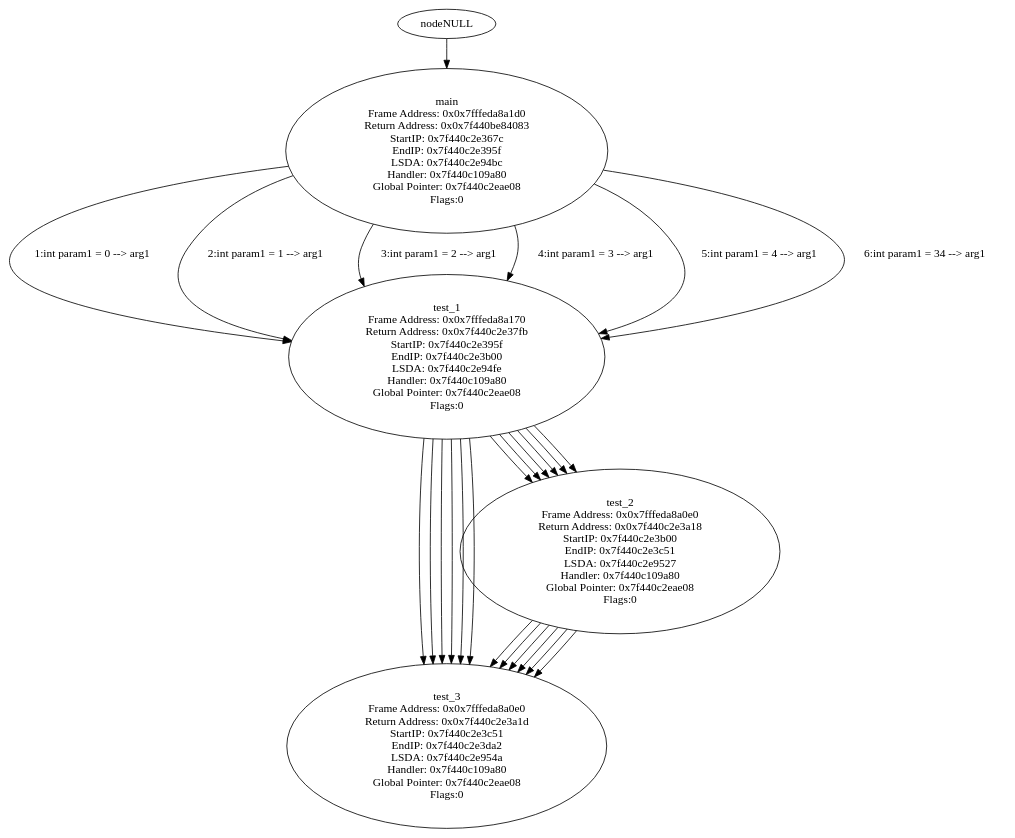
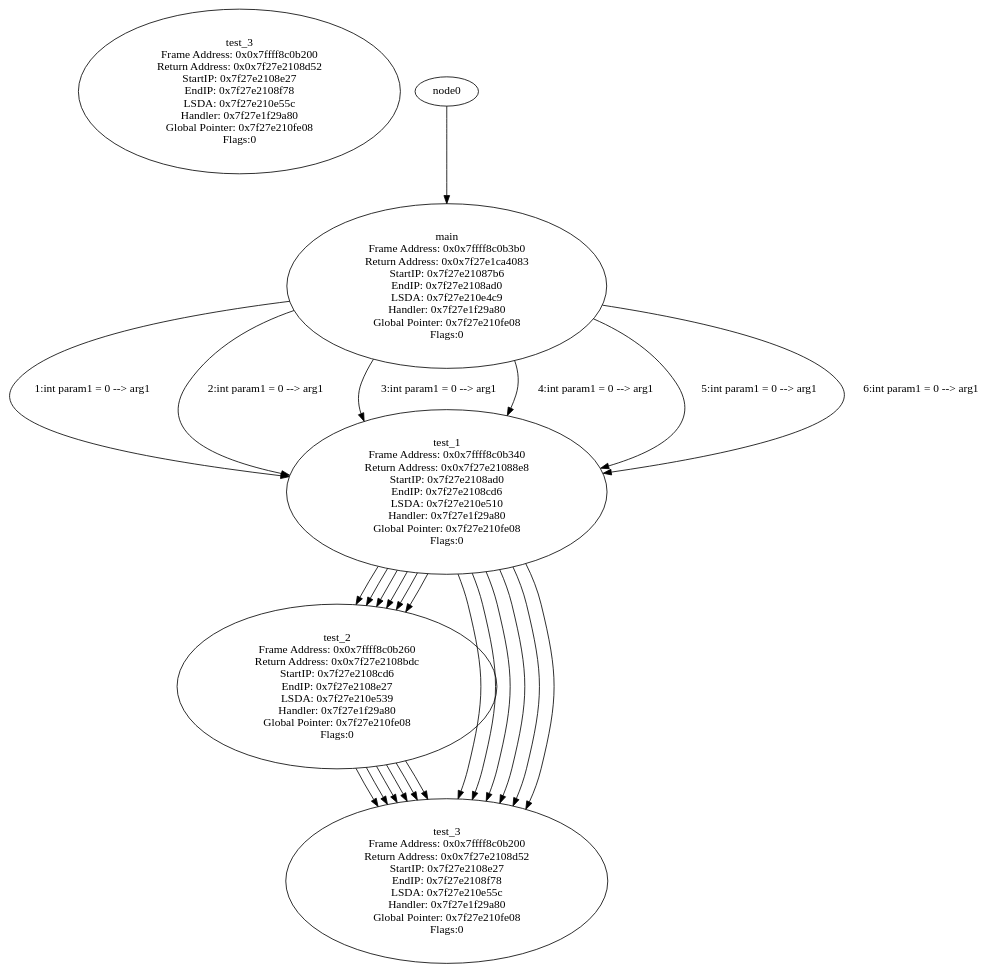
One commit to SameerDalal/backtrace changed the diagram in tree.dot. Above: the diagram before and after it, drawn with Graphviz. The commit also changed 3 other files, not shown here.

```diff
--- a/tree.dot
+++ b/tree.dot
@@ -1,52 +1,52 @@
 digraph ContextTree {
-nodetest_3 [label="test_3\n Frame Address: 0x0x7fffeda8a080\n Return Address: 0x0x7f440c2e3b7c\n StartIP: 0x7f440c2e3c51\n EndIP: 0x7f440c2e3da2\n LSDA: 0x7f440c2e954a\n Handler: 0x7f440c109a80\n Global Pointer: 0x7f440c2eae08\n Flags:0"];
-nodetest_2 -> nodetest_3
-nodetest_2 [label="test_2\n Frame Address: 0x0x7fffeda8a0e0\n Return Address: 0x0x7f440c2e3a18\n StartIP: 0x7f440c2e3b00\n EndIP: 0x7f440c2e3c51\n LSDA: 0x7f440c2e9527\n Handler: 0x7f440c109a80\n Global Pointer: 0x7f440c2eae08\n Flags:0"];
-nodetest_1 -> nodetest_2
-nodetest_3 [label="test_3\n Frame Address: 0x0x7fffeda8a0e0\n Return Address: 0x0x7f440c2e3a1d\n StartIP: 0x7f440c2e3c51\n EndIP: 0x7f440c2e3da2\n LSDA: 0x7f440c2e954a\n Handler: 0x7f440c109a80\n Global Pointer: 0x7f440c2eae08\n Flags:0"];
-nodetest_1 -> nodetest_3
-nodetest_1 [label="test_1\n Frame Address: 0x0x7fffeda8a170\n Return Address: 0x0x7f440c2e3777\n StartIP: 0x7f440c2e395f\n EndIP: 0x7f440c2e3b00\n LSDA: 0x7f440c2e94fe\n Handler: 0x7f440c109a80\n Global Pointer: 0x7f440c2eae08\n Flags:0"];
-nodemain -> nodetest_1 [label=" 1:int param1 = 0 --> arg1"];
-nodetest_3 [label="test_3\n Frame Address: 0x0x7fffeda8a080\n Return Address: 0x0x7f440c2e3b7c\n StartIP: 0x7f440c2e3c51\n EndIP: 0x7f440c2e3da2\n LSDA: 0x7f440c2e954a\n Handler: 0x7f440c109a80\n Global Pointer: 0x7f440c2eae08\n Flags:0"];
-nodetest_2 -> nodetest_3
-nodetest_2 [label="test_2\n Frame Address: 0x0x7fffeda8a0e0\n Return Address: 0x0x7f440c2e3a18\n StartIP: 0x7f440c2e3b00\n EndIP: 0x7f440c2e3c51\n LSDA: 0x7f440c2e9527\n Handler: 0x7f440c109a80\n Global Pointer: 0x7f440c2eae08\n Flags:0"];
-nodetest_1 -> nodetest_2
-nodetest_3 [label="test_3\n Frame Address: 0x0x7fffeda8a0e0\n Return Address: 0x0x7f440c2e3a1d\n StartIP: 0x7f440c2e3c51\n EndIP: 0x7f440c2e3da2\n LSDA: 0x7f440c2e954a\n Handler: 0x7f440c109a80\n Global Pointer: 0x7f440c2eae08\n Flags:0"];
-nodetest_1 -> nodetest_3
-nodetest_1 [label="test_1\n Frame Address: 0x0x7fffeda8a170\n Return Address: 0x0x7f440c2e3777\n StartIP: 0x7f440c2e395f\n EndIP: 0x7f440c2e3b00\n LSDA: 0x7f440c2e94fe\n Handler: 0x7f440c109a80\n Global Pointer: 0x7f440c2eae08\n Flags:0"];
-nodemain -> nodetest_1 [label=" 2:int param1 = 1 --> arg1"];
-nodetest_3 [label="test_3\n Frame Address: 0x0x7fffeda8a080\n Return Address: 0x0x7f440c2e3b7c\n StartIP: 0x7f440c2e3c51\n EndIP: 0x7f440c2e3da2\n LSDA: 0x7f440c2e954a\n Handler: 0x7f440c109a80\n Global Pointer: 0x7f440c2eae08\n Flags:0"];
-nodetest_2 -> nodetest_3
-nodetest_2 [label="test_2\n Frame Address: 0x0x7fffeda8a0e0\n Return Address: 0x0x7f440c2e3a18\n StartIP: 0x7f440c2e3b00\n EndIP: 0x7f440c2e3c51\n LSDA: 0x7f440c2e9527\n Handler: 0x7f440c109a80\n Global Pointer: 0x7f440c2eae08\n Flags:0"];
-nodetest_1 -> nodetest_2
-nodetest_3 [label="test_3\n Frame Address: 0x0x7fffeda8a0e0\n Return Address: 0x0x7f440c2e3a1d\n StartIP: 0x7f440c2e3c51\n EndIP: 0x7f440c2e3da2\n LSDA: 0x7f440c2e954a\n Handler: 0x7f440c109a80\n Global Pointer: 0x7f440c2eae08\n Flags:0"];
-nodetest_1 -> nodetest_3
-nodetest_1 [label="test_1\n Frame Address: 0x0x7fffeda8a170\n Return Address: 0x0x7f440c2e3777\n StartIP: 0x7f440c2e395f\n EndIP: 0x7f440c2e3b00\n LSDA: 0x7f440c2e94fe\n Handler: 0x7f440c109a80\n Global Pointer: 0x7f440c2eae08\n Flags:0"];
-nodemain -> nodetest_1 [label=" 3:int param1 = 2 --> arg1"];
-nodetest_3 [label="test_3\n Frame Address: 0x0x7fffeda8a080\n Return Address: 0x0x7f440c2e3b7c\n StartIP: 0x7f440c2e3c51\n EndIP: 0x7f440c2e3da2\n LSDA: 0x7f440c2e954a\n Handler: 0x7f440c109a80\n Global Pointer: 0x7f440c2eae08\n Flags:0"];
-nodetest_2 -> nodetest_3
-nodetest_2 [label="test_2\n Frame Address: 0x0x7fffeda8a0e0\n Return Address: 0x0x7f440c2e3a18\n StartIP: 0x7f440c2e3b00\n EndIP: 0x7f440c2e3c51\n LSDA: 0x7f440c2e9527\n Handler: 0x7f440c109a80\n Global Pointer: 0x7f440c2eae08\n Flags:0"];
-nodetest_1 -> nodetest_2
-nodetest_3 [label="test_3\n Frame Address: 0x0x7fffeda8a0e0\n Return Address: 0x0x7f440c2e3a1d\n StartIP: 0x7f440c2e3c51\n EndIP: 0x7f440c2e3da2\n LSDA: 0x7f440c2e954a\n Handler: 0x7f440c109a80\n Global Pointer: 0x7f440c2eae08\n Flags:0"];
-nodetest_1 -> nodetest_3
-nodetest_1 [label="test_1\n Frame Address: 0x0x7fffeda8a170\n Return Address: 0x0x7f440c2e3777\n StartIP: 0x7f440c2e395f\n EndIP: 0x7f440c2e3b00\n LSDA: 0x7f440c2e94fe\n Handler: 0x7f440c109a80\n Global Pointer: 0x7f440c2eae08\n Flags:0"];
-nodemain -> nodetest_1 [label=" 4:int param1 = 3 --> arg1"];
-nodetest_3 [label="test_3\n Frame Address: 0x0x7fffeda8a080\n Return Address: 0x0x7f440c2e3b7c\n StartIP: 0x7f440c2e3c51\n EndIP: 0x7f440c2e3da2\n LSDA: 0x7f440c2e954a\n Handler: 0x7f440c109a80\n Global Pointer: 0x7f440c2eae08\n Flags:0"];
-nodetest_2 -> nodetest_3
-nodetest_2 [label="test_2\n Frame Address: 0x0x7fffeda8a0e0\n Return Address: 0x0x7f440c2e3a18\n StartIP: 0x7f440c2e3b00\n EndIP: 0x7f440c2e3c51\n LSDA: 0x7f440c2e9527\n Handler: 0x7f440c109a80\n Global Pointer: 0x7f440c2eae08\n Flags:0"];
-nodetest_1 -> nodetest_2
-nodetest_3 [label="test_3\n Frame Address: 0x0x7fffeda8a0e0\n Return Address: 0x0x7f440c2e3a1d\n StartIP: 0x7f440c2e3c51\n EndIP: 0x7f440c2e3da2\n LSDA: 0x7f440c2e954a\n Handler: 0x7f440c109a80\n Global Pointer: 0x7f440c2eae08\n Flags:0"];
-nodetest_1 -> nodetest_3
-nodetest_1 [label="test_1\n Frame Address: 0x0x7fffeda8a170\n Return Address: 0x0x7f440c2e3777\n StartIP: 0x7f440c2e395f\n EndIP: 0x7f440c2e3b00\n LSDA: 0x7f440c2e94fe\n Handler: 0x7f440c109a80\n Global Pointer: 0x7f440c2eae08\n Flags:0"];
-nodemain -> nodetest_1 [label=" 5:int param1 = 4 --> arg1"];
-nodetest_3 [label="test_3\n Frame Address: 0x0x7fffeda8a080\n Return Address: 0x0x7f440c2e3b7c\n StartIP: 0x7f440c2e3c51\n EndIP: 0x7f440c2e3da2\n LSDA: 0x7f440c2e954a\n Handler: 0x7f440c109a80\n Global Pointer: 0x7f440c2eae08\n Flags:0"];
-nodetest_2 -> nodetest_3
-nodetest_2 [label="test_2\n Frame Address: 0x0x7fffeda8a0e0\n Return Address: 0x0x7f440c2e3a18\n StartIP: 0x7f440c2e3b00\n EndIP: 0x7f440c2e3c51\n LSDA: 0x7f440c2e9527\n Handler: 0x7f440c109a80\n Global Pointer: 0x7f440c2eae08\n Flags:0"];
-nodetest_1 -> nodetest_2
-nodetest_3 [label="test_3\n Frame Address: 0x0x7fffeda8a0e0\n Return Address: 0x0x7f440c2e3a1d\n StartIP: 0x7f440c2e3c51\n EndIP: 0x7f440c2e3da2\n LSDA: 0x7f440c2e954a\n Handler: 0x7f440c109a80\n Global Pointer: 0x7f440c2eae08\n Flags:0"];
-nodetest_1 -> nodetest_3
-nodetest_1 [label="test_1\n Frame Address: 0x0x7fffeda8a170\n Return Address: 0x0x7f440c2e37fb\n StartIP: 0x7f440c2e395f\n EndIP: 0x7f440c2e3b00\n LSDA: 0x7f440c2e94fe\n Handler: 0x7f440c109a80\n Global Pointer: 0x7f440c2eae08\n Flags:0"];
-nodemain -> nodetest_1 [label=" 6:int param1 = 34 --> arg1"];
-nodemain [label="main\n Frame Address: 0x0x7fffeda8a1d0\n Return Address: 0x0x7f440be84083\n StartIP: 0x7f440c2e367c\n EndIP: 0x7f440c2e395f\n LSDA: 0x7f440c2e94bc\n Handler: 0x7f440c109a80\n Global Pointer: 0x7f440c2eae08\n Flags:0"];
-nodeNULL -> nodemain
+node139809273187879 [label="test_3\n Frame Address: 0x0x7ffff8c0b200\n Return Address: 0x0x7f27e2108d52\n StartIP: 0x7f27e2108e27\n EndIP: 0x7f27e2108f78\n LSDA: 0x7f27e210e55c\n Handler: 0x7f27e1f29a80\n Global Pointer: 0x7f27e210fe08\n Flags:0"];
+node7f27e2108cd6 -> node7f27e2108e27
+node7f27e2108cd6 [label="test_2\n Frame Address: 0x0x7ffff8c0b260\n Return Address: 0x0x7f27e2108bdc\n StartIP: 0x7f27e2108cd6\n EndIP: 0x7f27e2108e27\n LSDA: 0x7f27e210e539\n Handler: 0x7f27e1f29a80\n Global Pointer: 0x7f27e210fe08\n Flags:0"];
+node7f27e2108ad0 -> node7f27e2108cd6
+node7f27e2108e27 [label="test_3\n Frame Address: 0x0x7ffff8c0b200\n Return Address: 0x0x7f27e2108d52\n StartIP: 0x7f27e2108e27\n EndIP: 0x7f27e2108f78\n LSDA: 0x7f27e210e55c\n Handler: 0x7f27e1f29a80\n Global Pointer: 0x7f27e210fe08\n Flags:0"];
+node7f27e2108ad0 -> node7f27e2108e27
+node7f27e2108ad0 [label="test_1\n Frame Address: 0x0x7ffff8c0b340\n Return Address: 0x0x7f27e21088e8\n StartIP: 0x7f27e2108ad0\n EndIP: 0x7f27e2108cd6\n LSDA: 0x7f27e210e510\n Handler: 0x7f27e1f29a80\n Global Pointer: 0x7f27e210fe08\n Flags:0"];
+node7f27e21087b6 -> node7f27e2108ad0 [label=" 1:int param1 = 0 --> arg1"];
+node7f27e2108e27 [label="test_3\n Frame Address: 0x0x7ffff8c0b200\n Return Address: 0x0x7f27e2108d52\n StartIP: 0x7f27e2108e27\n EndIP: 0x7f27e2108f78\n LSDA: 0x7f27e210e55c\n Handler: 0x7f27e1f29a80\n Global Pointer: 0x7f27e210fe08\n Flags:0"];
+node7f27e2108cd6 -> node7f27e2108e27
+node7f27e2108cd6 [label="test_2\n Frame Address: 0x0x7ffff8c0b260\n Return Address: 0x0x7f27e2108bdc\n StartIP: 0x7f27e2108cd6\n EndIP: 0x7f27e2108e27\n LSDA: 0x7f27e210e539\n Handler: 0x7f27e1f29a80\n Global Pointer: 0x7f27e210fe08\n Flags:0"];
+node7f27e2108ad0 -> node7f27e2108cd6
+node7f27e2108e27 [label="test_3\n Frame Address: 0x0x7ffff8c0b200\n Return Address: 0x0x7f27e2108d52\n StartIP: 0x7f27e2108e27\n EndIP: 0x7f27e2108f78\n LSDA: 0x7f27e210e55c\n Handler: 0x7f27e1f29a80\n Global Pointer: 0x7f27e210fe08\n Flags:0"];
+node7f27e2108ad0 -> node7f27e2108e27
+node7f27e2108ad0 [label="test_1\n Frame Address: 0x0x7ffff8c0b340\n Return Address: 0x0x7f27e21088e8\n StartIP: 0x7f27e2108ad0\n EndIP: 0x7f27e2108cd6\n LSDA: 0x7f27e210e510\n Handler: 0x7f27e1f29a80\n Global Pointer: 0x7f27e210fe08\n Flags:0"];
+node7f27e21087b6 -> node7f27e2108ad0 [label=" 2:int param1 = 0 --> arg1"];
+node7f27e2108e27 [label="test_3\n Frame Address: 0x0x7ffff8c0b200\n Return Address: 0x0x7f27e2108d52\n StartIP: 0x7f27e2108e27\n EndIP: 0x7f27e2108f78\n LSDA: 0x7f27e210e55c\n Handler: 0x7f27e1f29a80\n Global Pointer: 0x7f27e210fe08\n Flags:0"];
+node7f27e2108cd6 -> node7f27e2108e27
+node7f27e2108cd6 [label="test_2\n Frame Address: 0x0x7ffff8c0b260\n Return Address: 0x0x7f27e2108bdc\n StartIP: 0x7f27e2108cd6\n EndIP: 0x7f27e2108e27\n LSDA: 0x7f27e210e539\n Handler: 0x7f27e1f29a80\n Global Pointer: 0x7f27e210fe08\n Flags:0"];
+node7f27e2108ad0 -> node7f27e2108cd6
+node7f27e2108e27 [label="test_3\n Frame Address: 0x0x7ffff8c0b200\n Return Address: 0x0x7f27e2108d52\n StartIP: 0x7f27e2108e27\n EndIP: 0x7f27e2108f78\n LSDA: 0x7f27e210e55c\n Handler: 0x7f27e1f29a80\n Global Pointer: 0x7f27e210fe08\n Flags:0"];
+node7f27e2108ad0 -> node7f27e2108e27
+node7f27e2108ad0 [label="test_1\n Frame Address: 0x0x7ffff8c0b340\n Return Address: 0x0x7f27e21088e8\n StartIP: 0x7f27e2108ad0\n EndIP: 0x7f27e2108cd6\n LSDA: 0x7f27e210e510\n Handler: 0x7f27e1f29a80\n Global Pointer: 0x7f27e210fe08\n Flags:0"];
+node7f27e21087b6 -> node7f27e2108ad0 [label=" 3:int param1 = 0 --> arg1"];
+node7f27e2108e27 [label="test_3\n Frame Address: 0x0x7ffff8c0b200\n Return Address: 0x0x7f27e2108d52\n StartIP: 0x7f27e2108e27\n EndIP: 0x7f27e2108f78\n LSDA: 0x7f27e210e55c\n Handler: 0x7f27e1f29a80\n Global Pointer: 0x7f27e210fe08\n Flags:0"];
+node7f27e2108cd6 -> node7f27e2108e27
+node7f27e2108cd6 [label="test_2\n Frame Address: 0x0x7ffff8c0b260\n Return Address: 0x0x7f27e2108bdc\n StartIP: 0x7f27e2108cd6\n EndIP: 0x7f27e2108e27\n LSDA: 0x7f27e210e539\n Handler: 0x7f27e1f29a80\n Global Pointer: 0x7f27e210fe08\n Flags:0"];
+node7f27e2108ad0 -> node7f27e2108cd6
+node7f27e2108e27 [label="test_3\n Frame Address: 0x0x7ffff8c0b200\n Return Address: 0x0x7f27e2108d52\n StartIP: 0x7f27e2108e27\n EndIP: 0x7f27e2108f78\n LSDA: 0x7f27e210e55c\n Handler: 0x7f27e1f29a80\n Global Pointer: 0x7f27e210fe08\n Flags:0"];
+node7f27e2108ad0 -> node7f27e2108e27
+node7f27e2108ad0 [label="test_1\n Frame Address: 0x0x7ffff8c0b340\n Return Address: 0x0x7f27e21088e8\n StartIP: 0x7f27e2108ad0\n EndIP: 0x7f27e2108cd6\n LSDA: 0x7f27e210e510\n Handler: 0x7f27e1f29a80\n Global Pointer: 0x7f27e210fe08\n Flags:0"];
+node7f27e21087b6 -> node7f27e2108ad0 [label=" 4:int param1 = 0 --> arg1"];
+node7f27e2108e27 [label="test_3\n Frame Address: 0x0x7ffff8c0b200\n Return Address: 0x0x7f27e2108d52\n StartIP: 0x7f27e2108e27\n EndIP: 0x7f27e2108f78\n LSDA: 0x7f27e210e55c\n Handler: 0x7f27e1f29a80\n Global Pointer: 0x7f27e210fe08\n Flags:0"];
+node7f27e2108cd6 -> node7f27e2108e27
+node7f27e2108cd6 [label="test_2\n Frame Address: 0x0x7ffff8c0b260\n Return Address: 0x0x7f27e2108bdc\n StartIP: 0x7f27e2108cd6\n EndIP: 0x7f27e2108e27\n LSDA: 0x7f27e210e539\n Handler: 0x7f27e1f29a80\n Global Pointer: 0x7f27e210fe08\n Flags:0"];
+node7f27e2108ad0 -> node7f27e2108cd6
+node7f27e2108e27 [label="test_3\n Frame Address: 0x0x7ffff8c0b200\n Return Address: 0x0x7f27e2108d52\n StartIP: 0x7f27e2108e27\n EndIP: 0x7f27e2108f78\n LSDA: 0x7f27e210e55c\n Handler: 0x7f27e1f29a80\n Global Pointer: 0x7f27e210fe08\n Flags:0"];
+node7f27e2108ad0 -> node7f27e2108e27
+node7f27e2108ad0 [label="test_1\n Frame Address: 0x0x7ffff8c0b340\n Return Address: 0x0x7f27e21088e8\n StartIP: 0x7f27e2108ad0\n EndIP: 0x7f27e2108cd6\n LSDA: 0x7f27e210e510\n Handler: 0x7f27e1f29a80\n Global Pointer: 0x7f27e210fe08\n Flags:0"];
+node7f27e21087b6 -> node7f27e2108ad0 [label=" 5:int param1 = 0 --> arg1"];
+node7f27e2108e27 [label="test_3\n Frame Address: 0x0x7ffff8c0b200\n Return Address: 0x0x7f27e2108d52\n StartIP: 0x7f27e2108e27\n EndIP: 0x7f27e2108f78\n LSDA: 0x7f27e210e55c\n Handler: 0x7f27e1f29a80\n Global Pointer: 0x7f27e210fe08\n Flags:0"];
+node7f27e2108cd6 -> node7f27e2108e27
+node7f27e2108cd6 [label="test_2\n Frame Address: 0x0x7ffff8c0b260\n Return Address: 0x0x7f27e2108bdc\n StartIP: 0x7f27e2108cd6\n EndIP: 0x7f27e2108e27\n LSDA: 0x7f27e210e539\n Handler: 0x7f27e1f29a80\n Global Pointer: 0x7f27e210fe08\n Flags:0"];
+node7f27e2108ad0 -> node7f27e2108cd6
+node7f27e2108e27 [label="test_3\n Frame Address: 0x0x7ffff8c0b200\n Return Address: 0x0x7f27e2108d52\n StartIP: 0x7f27e2108e27\n EndIP: 0x7f27e2108f78\n LSDA: 0x7f27e210e55c\n Handler: 0x7f27e1f29a80\n Global Pointer: 0x7f27e210fe08\n Flags:0"];
+node7f27e2108ad0 -> node7f27e2108e27
+node7f27e2108ad0 [label="test_1\n Frame Address: 0x0x7ffff8c0b340\n Return Address: 0x0x7f27e21088e8\n StartIP: 0x7f27e2108ad0\n EndIP: 0x7f27e2108cd6\n LSDA: 0x7f27e210e510\n Handler: 0x7f27e1f29a80\n Global Pointer: 0x7f27e210fe08\n Flags:0"];
+node7f27e21087b6 -> node7f27e2108ad0 [label=" 6:int param1 = 0 --> arg1"];
+node7f27e21087b6 [label="main\n Frame Address: 0x0x7ffff8c0b3b0\n Return Address: 0x0x7f27e1ca4083\n StartIP: 0x7f27e21087b6\n EndIP: 0x7f27e2108ad0\n LSDA: 0x7f27e210e4c9\n Handler: 0x7f27e1f29a80\n Global Pointer: 0x7f27e210fe08\n Flags:0"];
+node0 -> node7f27e21087b6
 }
```
